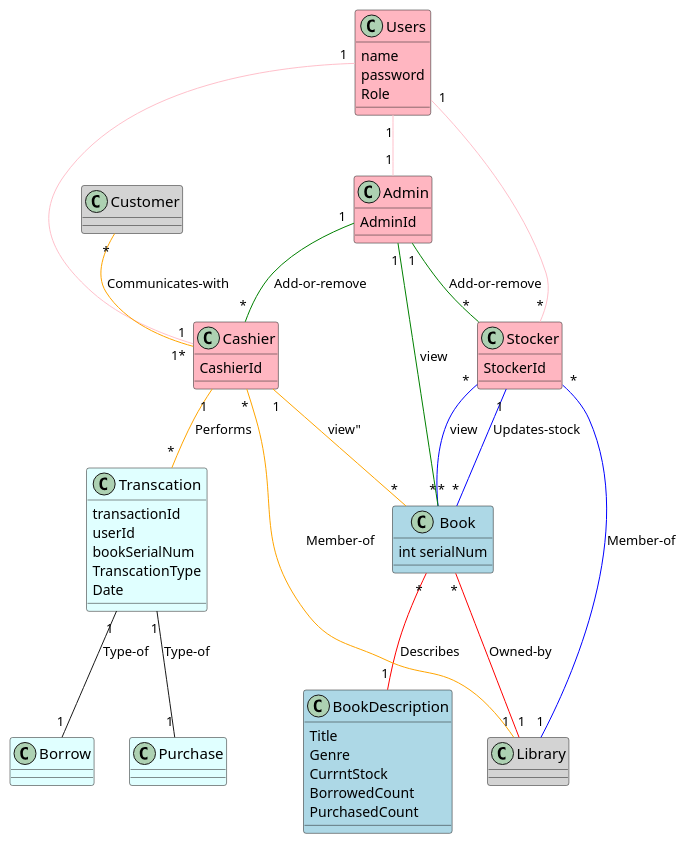
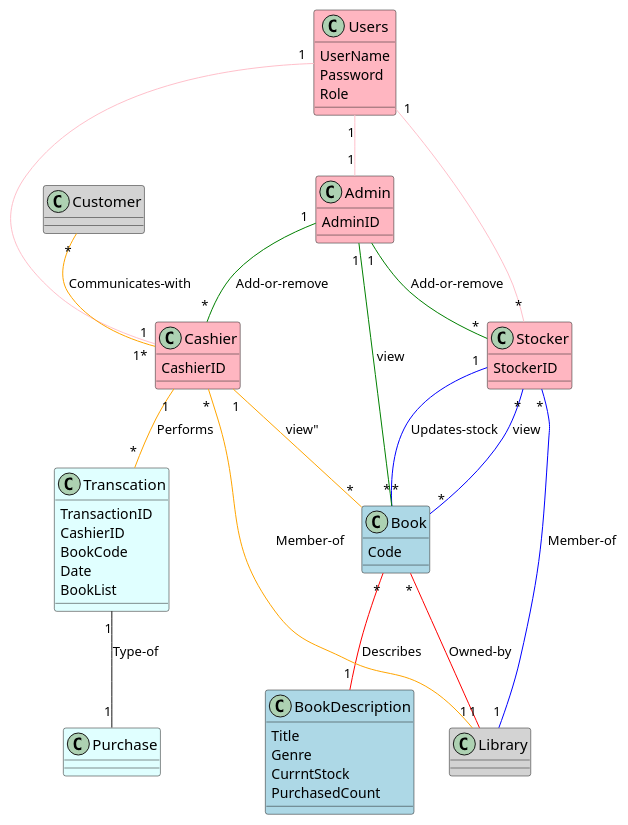
The diagram in class_diagrams/class_diagram.puml (HabibaMekay/Bookstore-Management-System), drawn with PlantUML before and after one commit.

Commit message:
small edits

```diff
--- a/class_diagrams/class_diagram.puml
+++ b/class_diagrams/class_diagram.puml
@@ -1,91 +1,83 @@
 @startuml
 
 class Library #LightGray{
 
 }
 
 class Users #LightPink{
-name
-password
+UserName
+Password
 Role
 
 
 }
 
 class Cashier #LightPink{
-CashierId
+CashierID
 
 }
 
 class Stocker #LightPink{
-StockerId
+StockerID
 }
 
 class Admin #LightPink{
-AdminId
+AdminID
 }
 
 class Book #LightBlue  {
-int serialNum
+Code
 }
 
 class BookDescription #LightBlue   {
 Title
 Genre
 CurrntStock
-BorrowedCount
 PurchasedCount
 }
 
 class Transcation #LightCyan{
-transactionId
-userId
-bookSerialNum
-TranscationType
+TransactionID
+CashierID
+BookCode
 Date
+BookList
 }
 
 class Purchase #LightCyan{
-}
-
-class Borrow #LightCyan {
 }
 
 class Customer #LightGray{
 
 }
 
 
 
 Users "1" -- "1" Cashier #pink
 Users "1" -- "*" Stocker #pink
 Users "1" -- "1" Admin  #pink
 
 Stocker "1" -- "*" Book #blue:"Updates-stock"
 Admin "1" -- "*" Cashier #green : "Add-or-remove"
 Admin "1" -- "*" Stocker #green: "Add-or-remove"
 Cashier "1" -- "*" Transcation #orange: "Performs"
 Stocker "*" -- "*" Book #blue :"view"
 Admin "1" -- "*" Book #green: "view"
 Cashier"1" -- "*" Book #orange: "view""
 Book "*" -- "1" BookDescription #red: "Describes"
 Cashier"*" -- "1" Library #orange: "Member-of"
 Stocker"*" -- "1" Library #blue : "Member-of"
 Customer"*" -- "1*" Cashier #orange: "Communicates-with "
 Book"*" -- "1" Library#red: "Owned-by"
 Transcation"1" -- "1" Purchase : "Type-of"
-Transcation"1" -- "1" Borrow: "Type-of"
+
 
 skinparam class {
 FontName Times New Roman
 FontSize 15
-
-
-
-
  }
 
 
 
 
 @enduml
```
